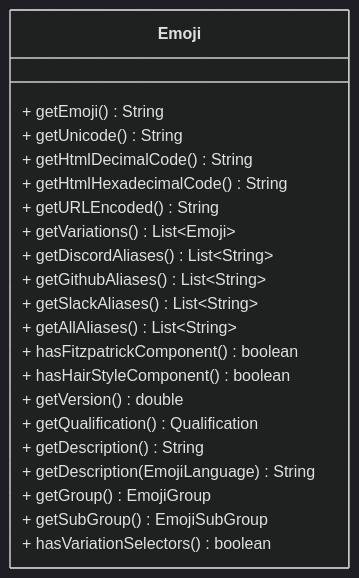
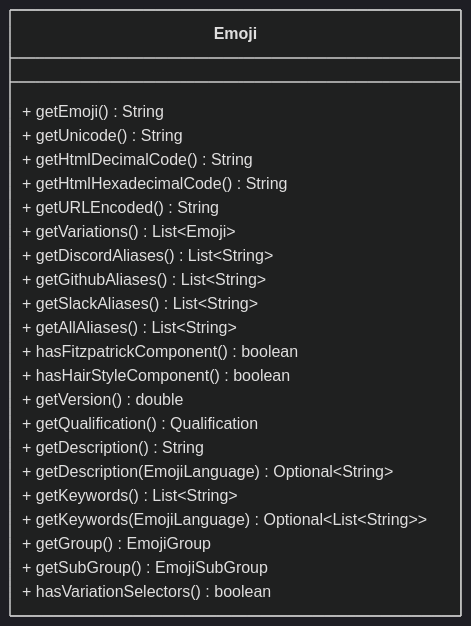
Before and after one commit to felldo/JEmoji: the diagram in README.md, drawn with Mermaid (dark theme). The commit also changed 5 other files, not shown here.

````diff
--- a/README.md
+++ b/README.md
@@ -194,25 +194,27 @@
 ```mermaid
 classDiagram
 direction BT
 class Emoji {
 + getEmoji() String
 + getUnicode() String
 + getHtmlDecimalCode() String
 + getHtmlHexadecimalCode() String
 + getURLEncoded() String
 + getVariations() List~Emoji~
 + getDiscordAliases() List~String~
 + getGithubAliases() List~String~
 + getSlackAliases() List~String~
 + getAllAliases() List~String~
 + hasFitzpatrickComponent() boolean
 + hasHairStyleComponent() boolean
 + getVersion() double
 + getQualification() Qualification
 + getDescription() String
-+ getDescription(EmojiLanguage) String
++ getDescription(EmojiLanguage) Optional~String~
++ getKeywords() List~String~
++ getKeywords(EmojiLanguage) Optional~List~String~~
 + getGroup() EmojiGroup
 + getSubGroup() EmojiSubGroup
 + hasVariationSelectors() boolean
 }
 ```
````
